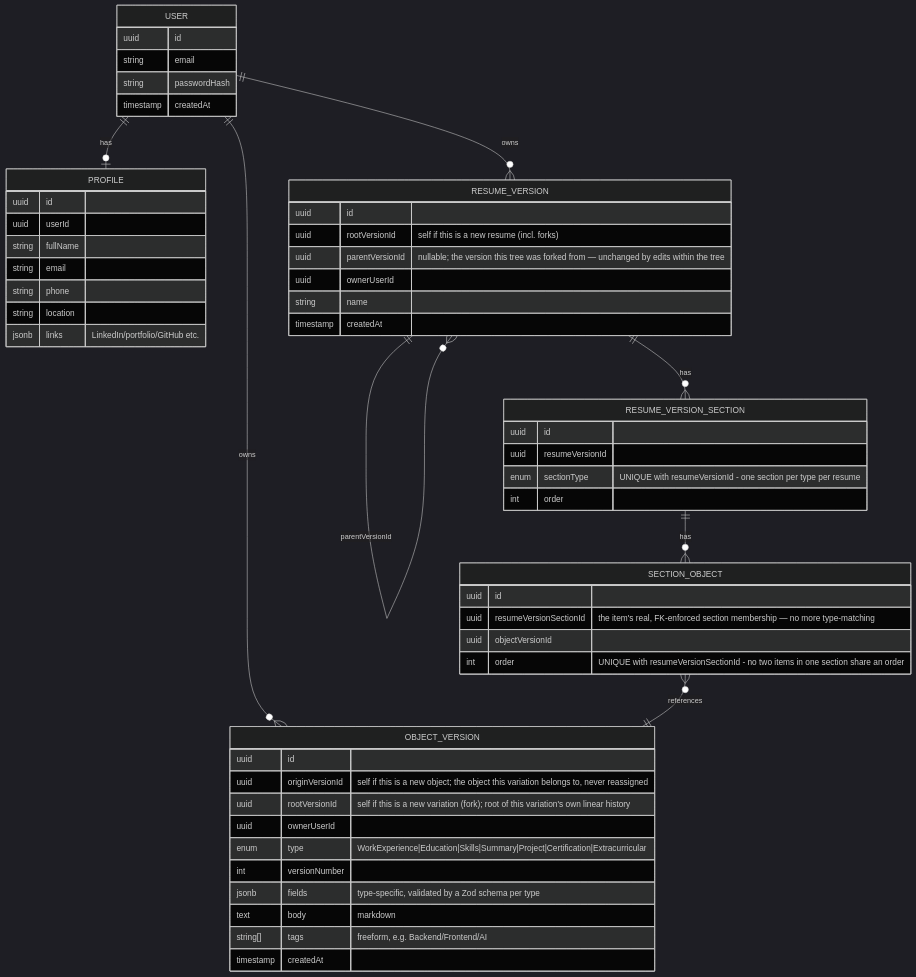
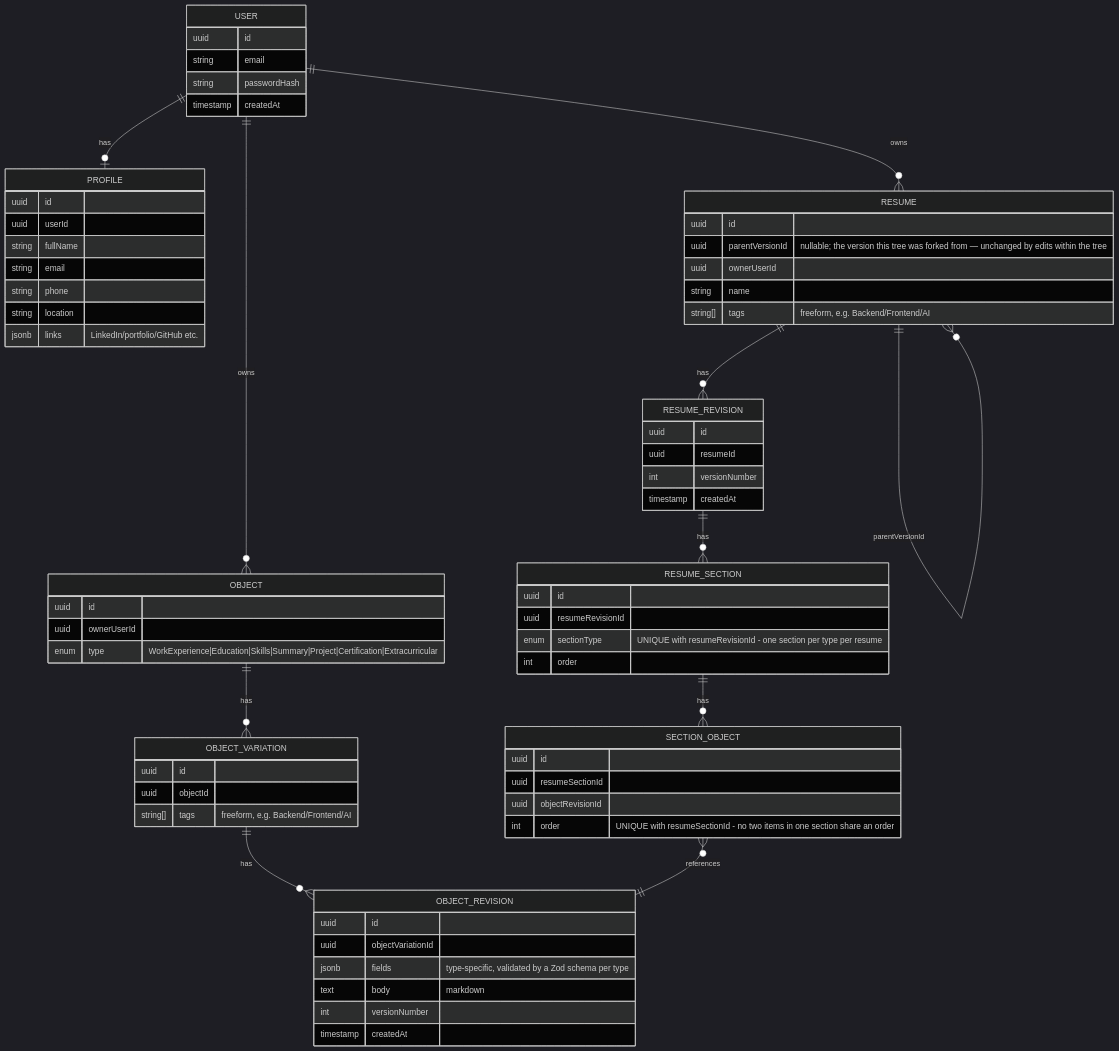
Before and after one commit to NiceKim/career-profile: the second of 5 diagrams in docs/superpowers/specs/2026-08-16-resume-version-control-design.md, drawn with Mermaid (dark theme). The commit also changed other lines of this file and 1 other file, not shown here.

First line of the commit message:
docs: finalize object/resume normalization spec + implementation plan

````diff
--- a/docs/superpowers/specs/2026-08-16-resume-version-control-design.md
+++ b/docs/superpowers/specs/2026-08-16-resume-version-control-design.md
@@ -48,58 +48,72 @@
 ```mermaid
 erDiagram
     USER ||--o| PROFILE : has
-    USER ||--o{ OBJECT_VERSION : owns
-    USER ||--o{ RESUME_VERSION : owns
-    RESUME_VERSION ||--o{ RESUME_VERSION_SECTION : has
-    RESUME_VERSION_SECTION ||--o{ SECTION_OBJECT : has
-    SECTION_OBJECT }o--|| OBJECT_VERSION : references
-    RESUME_VERSION ||--o{ RESUME_VERSION : parentVersionId
+    USER ||--o{ OBJECT : owns
+    USER ||--o{ RESUME : owns
+    RESUME ||--o{ RESUME_REVISION : has
+    OBJECT ||--o{ OBJECT_VARIATION : has
+    OBJECT_VARIATION ||--o{ OBJECT_REVISION : has
+    RESUME_REVISION ||--o{ RESUME_SECTION : has
+    RESUME_SECTION ||--o{ SECTION_OBJECT : has
+    SECTION_OBJECT }o--|| OBJECT_REVISION : references
+    RESUME ||--o{ RESUME : parentVersionId
 
     USER {
         uuid id
         string email
         string passwordHash
         timestamp createdAt
     }
     PROFILE {
         uuid id
         uuid userId
         string fullName
         string email
         string phone
         string location
         jsonb links "LinkedIn/portfolio/GitHub etc."
     }
-    OBJECT_VERSION {
+    OBJECT {
         uuid id
-        uuid originVersionId "self if this is a new object; the object this variation belongs to, never reassigned"
-        uuid rootVersionId "self if this is a new variation (fork); root of this variation's own linear history"
         uuid ownerUserId
         enum type "WorkExperience|Education|Skills|Summary|Project|Certification|Extracurricular"
-        int versionNumber
+    }
+    OBJECT_VARIATION {
+        uuid id
+        uuid objectId
+        string[] tags "freeform, e.g. Backend/Frontend/AI"
+    }
+    OBJECT_REVISION {
+        uuid id
+        uuid objectVariationId
         jsonb fields "type-specific, validated by a Zod schema per type"
         text body "markdown"
-        string[] tags "freeform, e.g. Backend/Frontend/AI"
+        int versionNumber
         timestamp createdAt
     }
-    RESUME_VERSION {
+    RESUME {
         uuid id
-        uuid rootVersionId "self if this is a new resume (incl. forks)"
         uuid parentVersionId "nullable; the version this tree was forked from — unchanged by edits within the tree"
         uuid ownerUserId
         string name
+        string[] tags "freeform, e.g. Backend/Frontend/AI"
+    }
+    RESUME_REVISION {
+        uuid id
+        uuid resumeId
+        int versionNumber
         timestamp createdAt
     }
-    RESUME_VERSION_SECTION {
+    RESUME_SECTION {
         uuid id
-        uuid resumeVersionId
-        enum sectionType "UNIQUE with resumeVersionId - one section per type per resume"
+        uuid resumeRevisionId
+        enum sectionType "UNIQUE with resumeRevisionId - one section per type per resume"
         int order
     }
     SECTION_OBJECT {
         uuid id
-        uuid resumeVersionSectionId "the item's real, FK-enforced section membership — no more type-matching"
-        uuid objectVersionId
-        int order "UNIQUE with resumeVersionSectionId - no two items in one section share an order"
+        uuid resumeSectionId
+        uuid objectRevisionId
+        int order "UNIQUE with resumeSectionId - no two items in one section share an order"
     }
 ```
````
